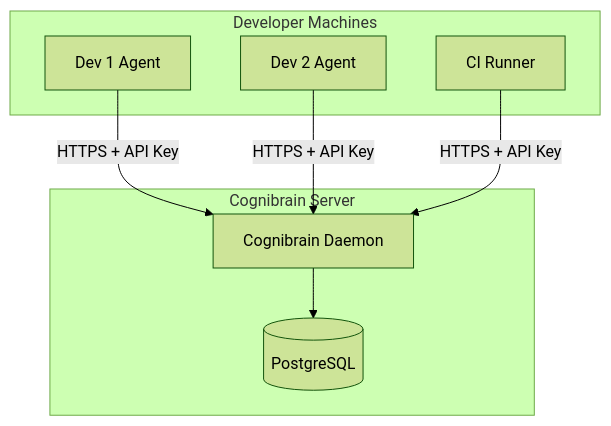
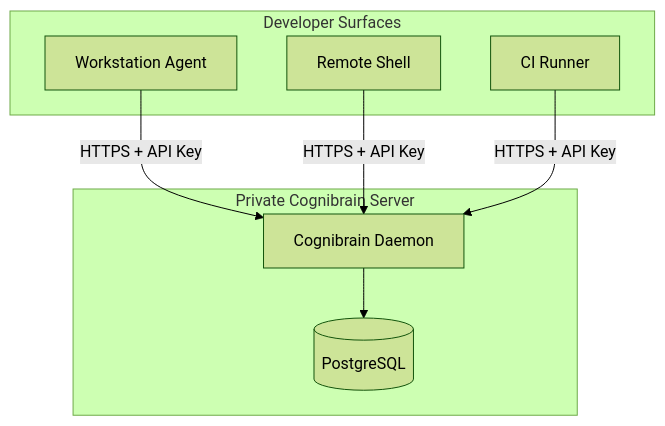
Before and after one commit to cognilabz/cognibrain: the diagram in docs/operations/self-hosting.md, drawn with Mermaid (forest theme). The commit also changed other lines of this file and 90 other files, not shown here.

````diff
--- a/docs/operations/self-hosting.md
+++ b/docs/operations/self-hosting.md
@@ -98,18 +100,18 @@
 ```mermaid
 graph TB
-    subgraph "Developer Machines"
-        D1[Dev 1 Agent]
-        D2[Dev 2 Agent]
+    subgraph "Developer Surfaces"
+        D1[Workstation Agent]
+        D2[Remote Shell]
         D3[CI Runner]
     end
 
-    subgraph "Cognibrain Server"
+    subgraph "Private Cognibrain Server"
         API[Cognibrain Daemon]
         PG[(PostgreSQL)]
     end
 
     D1 -->|HTTPS + API Key| API
     D2 -->|HTTPS + API Key| API
     D3 -->|HTTPS + API Key| API
     API --> PG
 ```
````
